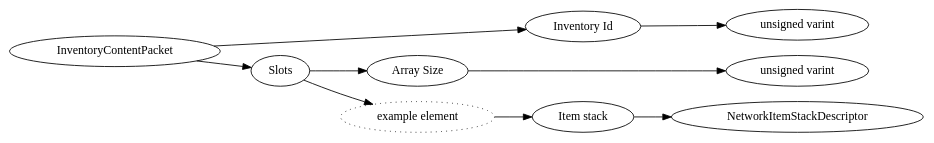
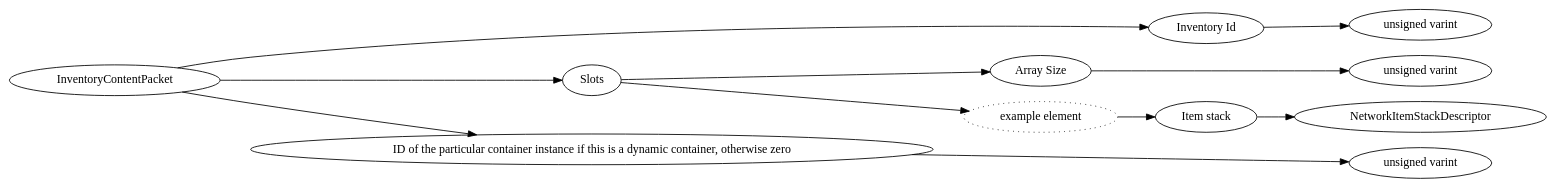
Before and after one commit to Mojang/bedrock-protocol-docs: the diagram in dot/InventoryContentPacket.dot, drawn with Graphviz. The commit also changed 371 other files, not shown here.

```diff
--- a/dot/InventoryContentPacket.dot
+++ b/dot/InventoryContentPacket.dot
@@ -1,24 +1,28 @@
 digraph "InventoryContentPacket" {
 rankdir = LR
 0
 0 -> 1
 1 -> 2
 0 -> 3
 3 -> 4
 4 -> 5
 3 -> 6
 6 -> 7
 7 -> 8
+0 -> 9
+9 -> 10
 
 0 [label="InventoryContentPacket",comment="name: \"InventoryContentPacket\", typeName: \"\", id: 0, branchId: 49, recurseId: -1, attributes: 0, notes: \"\""];
 1 [label="Inventory Id",comment="name: \"Inventory Id\", typeName: \"\", id: 1, branchId: 0, recurseId: -1, attributes: 0, notes: \"\""];
 2 [label="unsigned varint",comment="name: \"unsigned varint\", typeName: \"\", id: 2, branchId: 0, recurseId: -1, attributes: 512, notes: \"\""];
 3 [label="Slots",comment="name: \"Slots\", typeName: \"\", id: 3, branchId: 0, recurseId: -1, attributes: 8, notes: \"\""];
 4 [label="Array Size",comment="name: \"Array Size\", typeName: \"\", id: 4, branchId: 0, recurseId: -1, attributes: 0, notes: \"\""];
 5 [label="unsigned varint",comment="name: \"unsigned varint\", typeName: \"\", id: 5, branchId: 0, recurseId: -1, attributes: 512, notes: \"\""];
 6 [label="example element",style=dotted,comment="name: \"example element\", typeName: \"\", id: 6, branchId: 0, recurseId: -1, attributes: 16, notes: \"\""];
 7 [label="Item stack",comment="name: \"Item stack\", typeName: \"NetworkItemStackDescriptor\", id: 7, branchId: 0, recurseId: -1, attributes: 256, notes: \"\""];
 8 [label="NetworkItemStackDescriptor",comment="name: \"NetworkItemStackDescriptor\", typeName: \"\", id: 8, branchId: 0, recurseId: -1, attributes: 512, notes: \"\""];
-{ rank = max;2;5;8}
+9 [label="ID of the particular container instance if this is a dynamic container, otherwise zero",comment="name: \"ID of the particular container instance if this is a dynamic container, otherwise zero\", typeName: \"\", id: 9, branchId: 0, recurseId: -1, attributes: 0, notes: \"\""];
+10 [label="unsigned varint",comment="name: \"unsigned varint\", typeName: \"\", id: 10, branchId: 0, recurseId: -1, attributes: 512, notes: \"\""];
+{ rank = max;2;5;8;10}
 
 }
```
